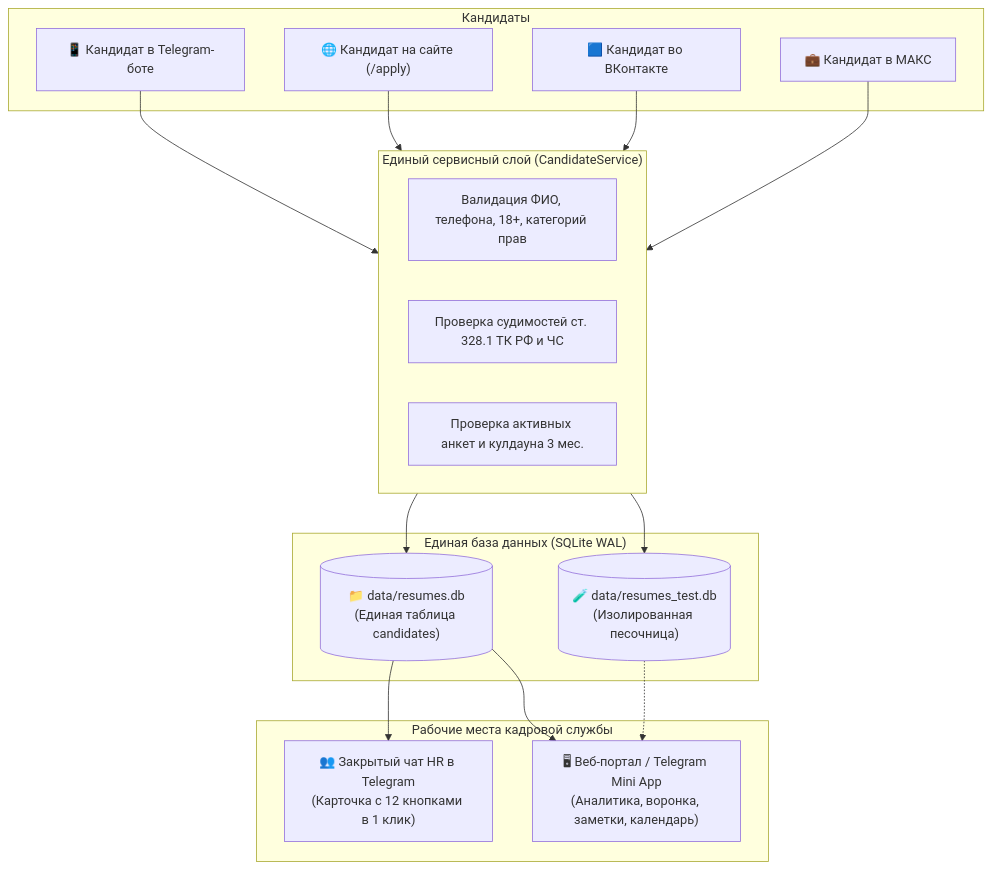
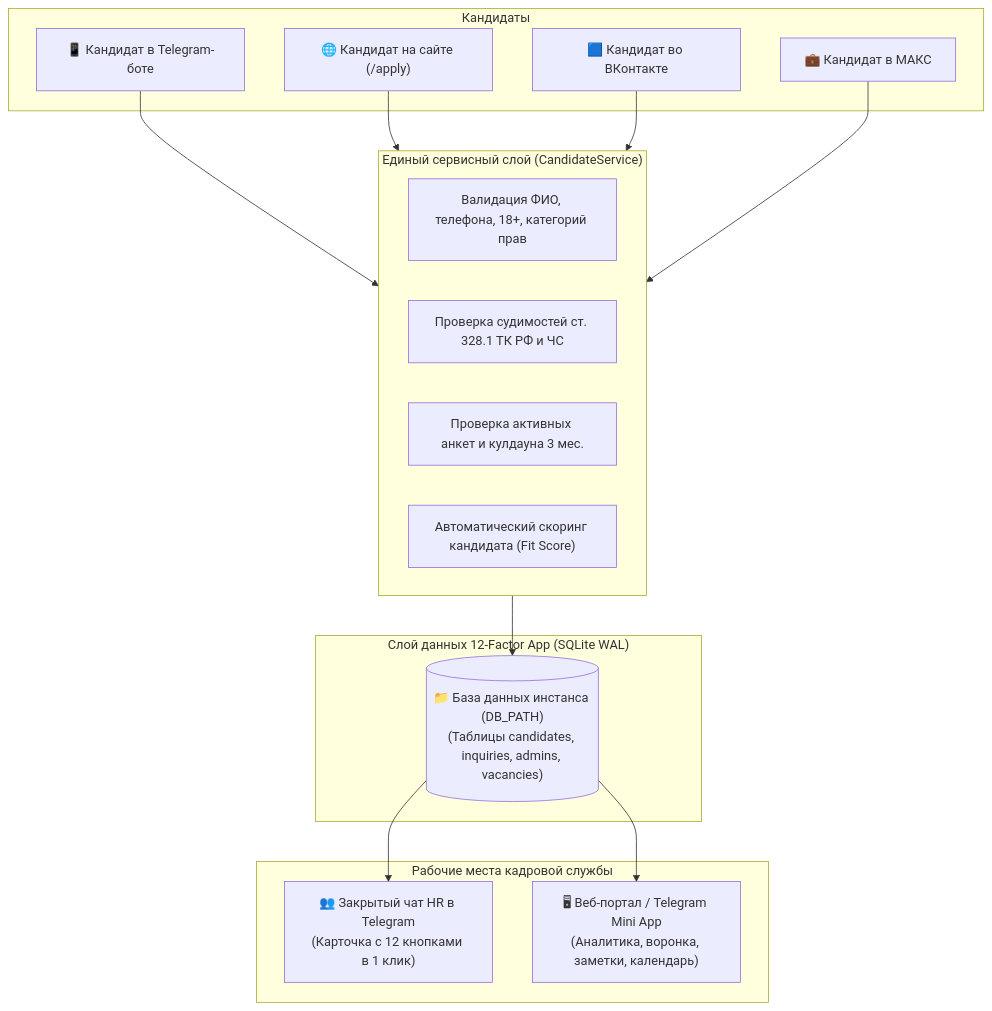
The diagram in README.md (gamedich/uetbot), drawn with Mermaid before and after one commit. The commit also changed other lines of this file and 3 other files, not shown here.

Commit message:
docs: update README, CHANGELOG and architectural docs for v2.0.0 release

````diff
--- a/README.md
+++ b/README.md
@@ -42,37 +42,35 @@
 ```mermaid
 flowchart TD
     subgraph Candidates ["Кандидаты"]
         TG_Applicant["📱 Кандидат в Telegram-боте"]
         Web_Applicant["🌐 Кандидат на сайте (/apply)"]
         VK_Applicant["🟦 Кандидат во ВКонтакте"]
         MAX_Applicant["💼 Кандидат в МАКС"]
     end
 
     subgraph ServiceLayer ["Единый сервисный слой (CandidateService)"]
         Validator["Валидация ФИО, телефона, 18+, категорий прав"]
         Compliance["Проверка судимостей ст. 328.1 ТК РФ и ЧС"]
         Dedup["Проверка активных анкет и кулдауна 3 мес."]
+        Scoring["Автоматический скоринг кандидата (Fit Score)"]
     end
 
-    subgraph Storage ["Единая база данных (SQLite WAL)"]
-        DB[("📁 data/resumes.db\n(Единая таблица candidates)")]
-        TestDB[("🧪 data/resumes_test.db\n(Изолированная песочница)")]
+    subgraph Storage ["Слой данных 12-Factor App (SQLite WAL)"]
+        DB[("📁 База данных инстанса (DB_PATH)\n(Таблицы candidates, inquiries, admins, vacancies)")]
     end
 
     subgraph HR_Workspace ["Рабочие места кадровой службы"]
         TG_Group["👥 Закрытый чат HR в Telegram\n(Карточка с 12 кнопками в 1 клик)"]
         Web_Dashboard["🖥 Веб-портал / Telegram Mini App\n(Аналитика, воронка, заметки, календарь)"]
     end
 
     TG_Applicant --> ServiceLayer
     Web_Applicant --> ServiceLayer
     VK_Applicant --> ServiceLayer
     MAX_Applicant --> ServiceLayer
 
     ServiceLayer --> DB
-    ServiceLayer --> TestDB
 
     DB --> TG_Group
     DB --> Web_Dashboard
-    TestDB -.-> Web_Dashboard
 ```
````
